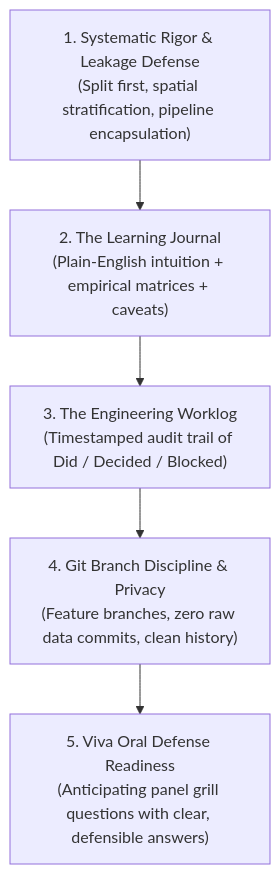
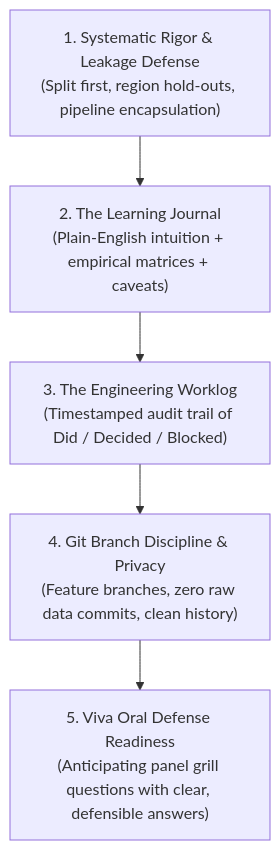
The diagram in METHODOLOGY_GUIDE.md (ASU-MICS-2028/mle-group-3-prosit-1), drawn with Mermaid before and after one commit. The commit also changed other lines of this file and 6 other files, not shown here.

````diff
--- a/METHODOLOGY_GUIDE.md
+++ b/METHODOLOGY_GUIDE.md
@@ -27,8 +27,8 @@
 ```mermaid
 flowchart TD
-    A["1. Systematic Rigor & Leakage Defense\n(Split first, spatial stratification, pipeline encapsulation)"] --> B["2. The Learning Journal\n(Plain-English intuition + empirical matrices + caveats)"]
+    A["1. Systematic Rigor & Leakage Defense\n(Split first, region hold-outs, pipeline encapsulation)"] --> B["2. The Learning Journal\n(Plain-English intuition + empirical matrices + caveats)"]
     B --> C["3. The Engineering Worklog\n(Timestamped audit trail of Did / Decided / Blocked)"]
     C --> D["4. Git Branch Discipline & Privacy\n(Feature branches, zero raw data commits, clean history)"]
     E["5. Viva Oral Defense Readiness\n(Anticipating panel grill questions with clear, defensible answers)"]
     D --> E
 ```
````
